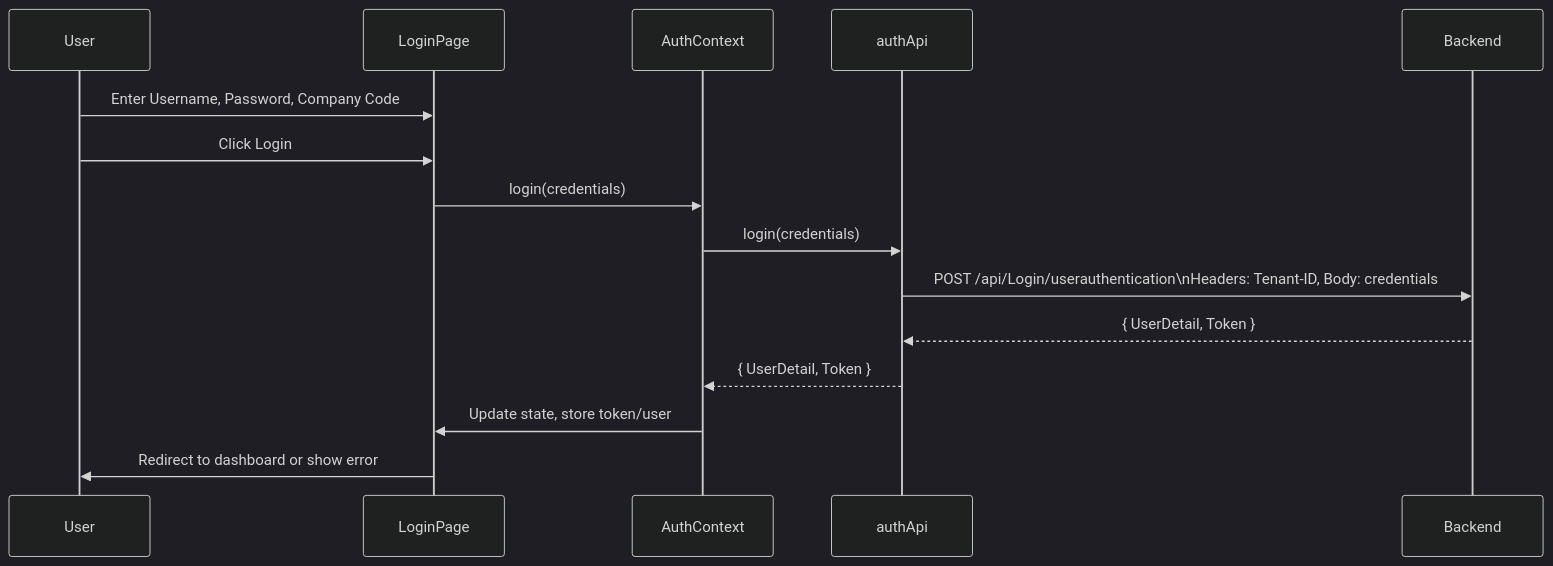
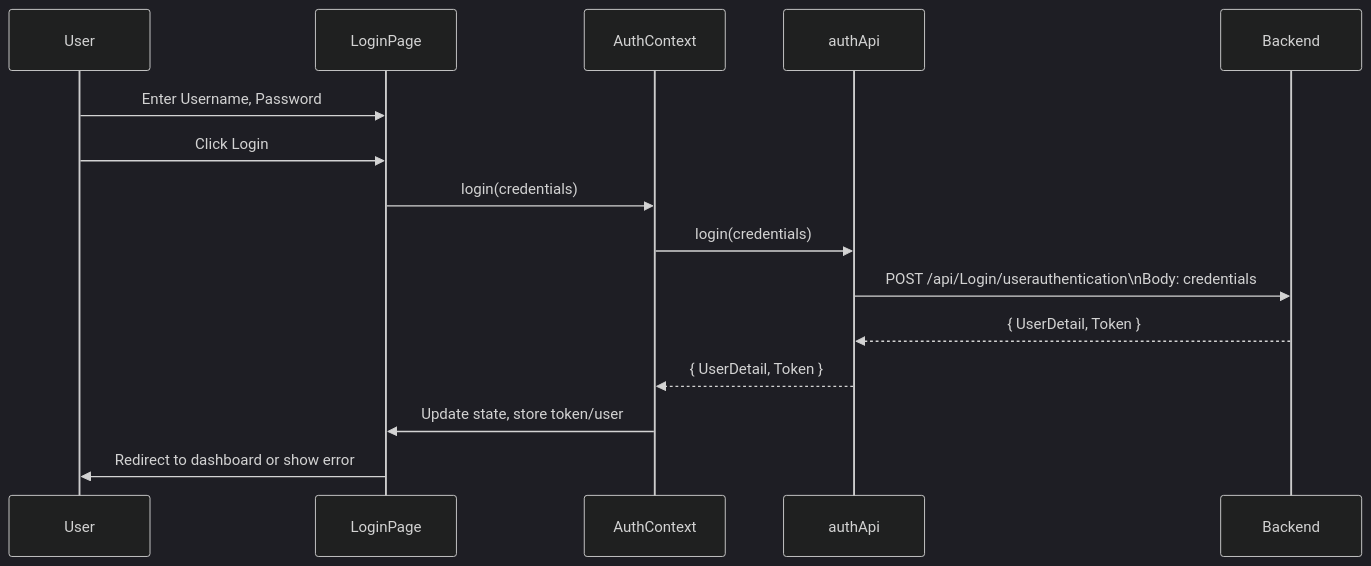
One commit to AavasShrestha/ReactApp changed the diagram in LOGIN_WORKFLOW.md. Above: the diagram before and after it, drawn with Mermaid (dark theme). The commit also changed other lines of this file and 33 other files, not shown here.

````diff
--- a/LOGIN_WORKFLOW.md
+++ b/LOGIN_WORKFLOW.md
@@ -71,18 +67,18 @@
 ```mermaid
 sequenceDiagram
     participant User
     participant LoginPage
     participant AuthContext
     participant authApi
     participant Backend
 
-    User->>LoginPage: Enter Username, Password, Company Code
+    User->>LoginPage: Enter Username, Password
     User->>LoginPage: Click Login
     LoginPage->>AuthContext: login(credentials)
     AuthContext->>authApi: login(credentials)
-    authApi->>Backend: POST /api/Login/userauthentication\nHeaders: Tenant-ID, Body: credentials
+    authApi->>Backend: POST /api/Login/userauthentication\nBody: credentials
     Backend-->>authApi: { UserDetail, Token }
     authApi-->>AuthContext: { UserDetail, Token }
     AuthContext->>LoginPage: Update state, store token/user
     LoginPage->>User: Redirect to dashboard or show error
 ```
````
